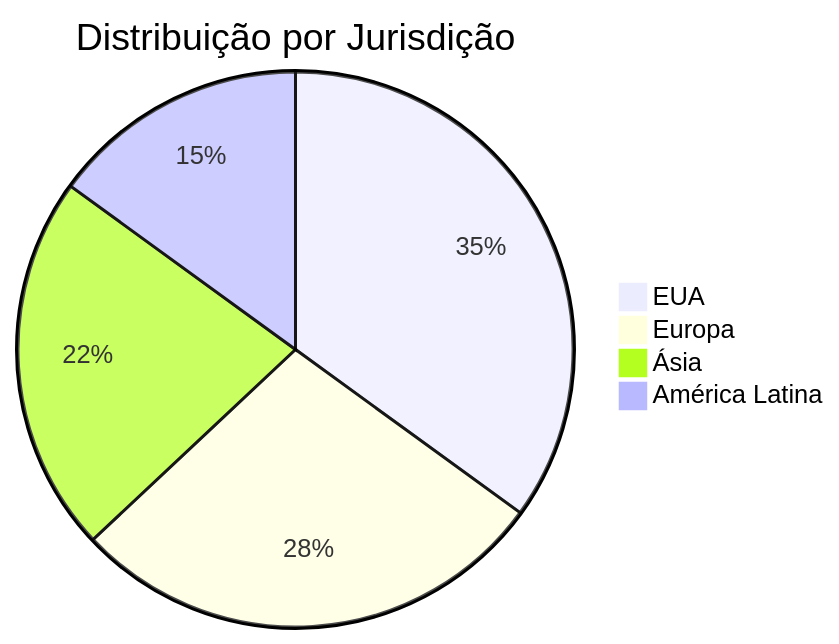
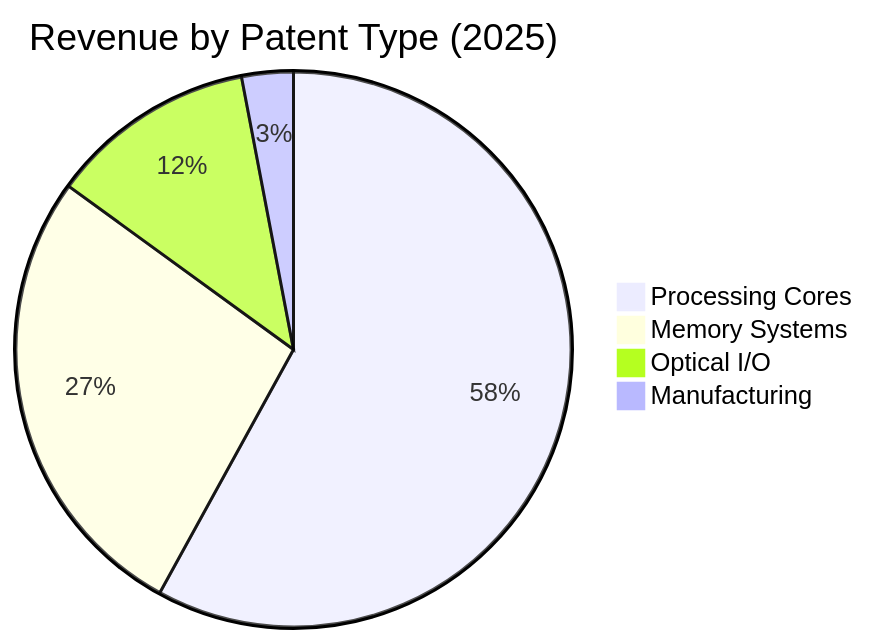
The diagram in patentes/README.md (scoobiii/lux-complete), drawn with Mermaid before and after one commit. The commit also changed other lines of this file, not shown here.

````diff
--- a/patentes/README.md
+++ b/patentes/README.md
@@ -107,8 +114,8 @@
    ```mermaid
    pie
-       title Distribuição por Jurisdição
-       "EUA" : 35
-       "Europa" : 28
-       "Ásia" : 22
-       "América Latina" : 15
+       title Revenue by Patent Type (2025)
+       "Processing Cores" : 58
+       "Memory Systems" : 27
+       "Optical I/O" : 12
+       "Manufacturing" : 3
    ```
````
